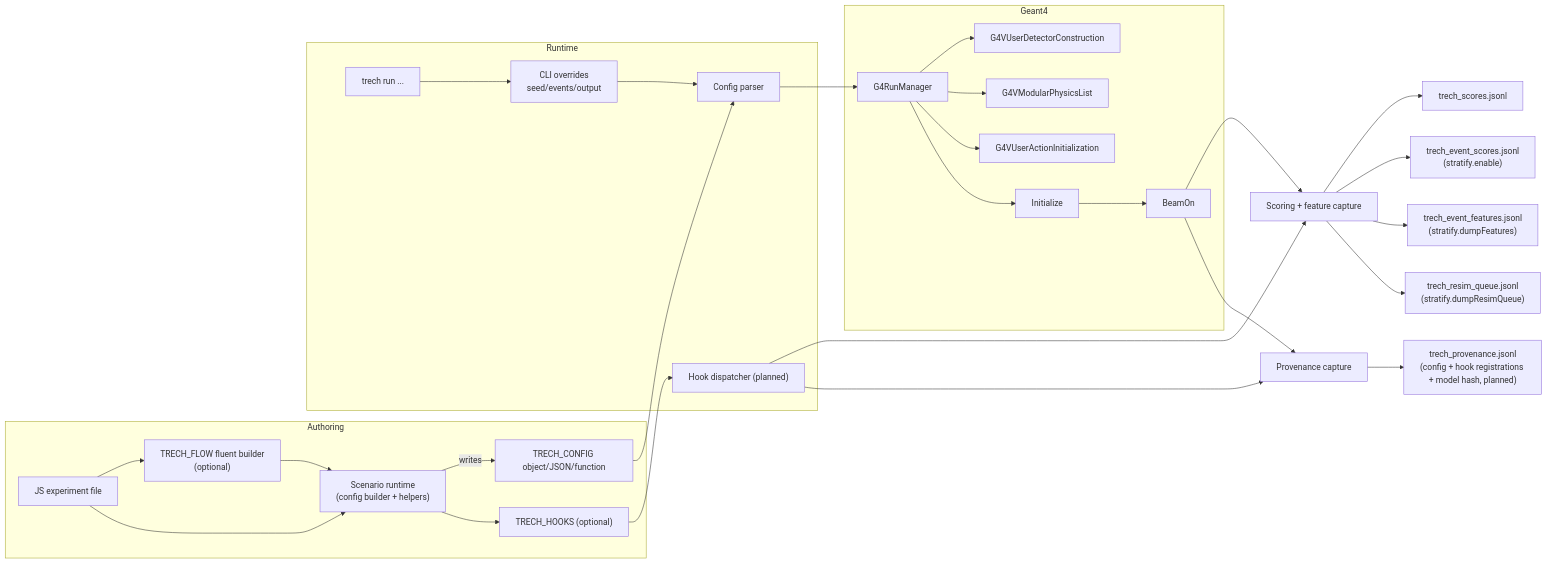
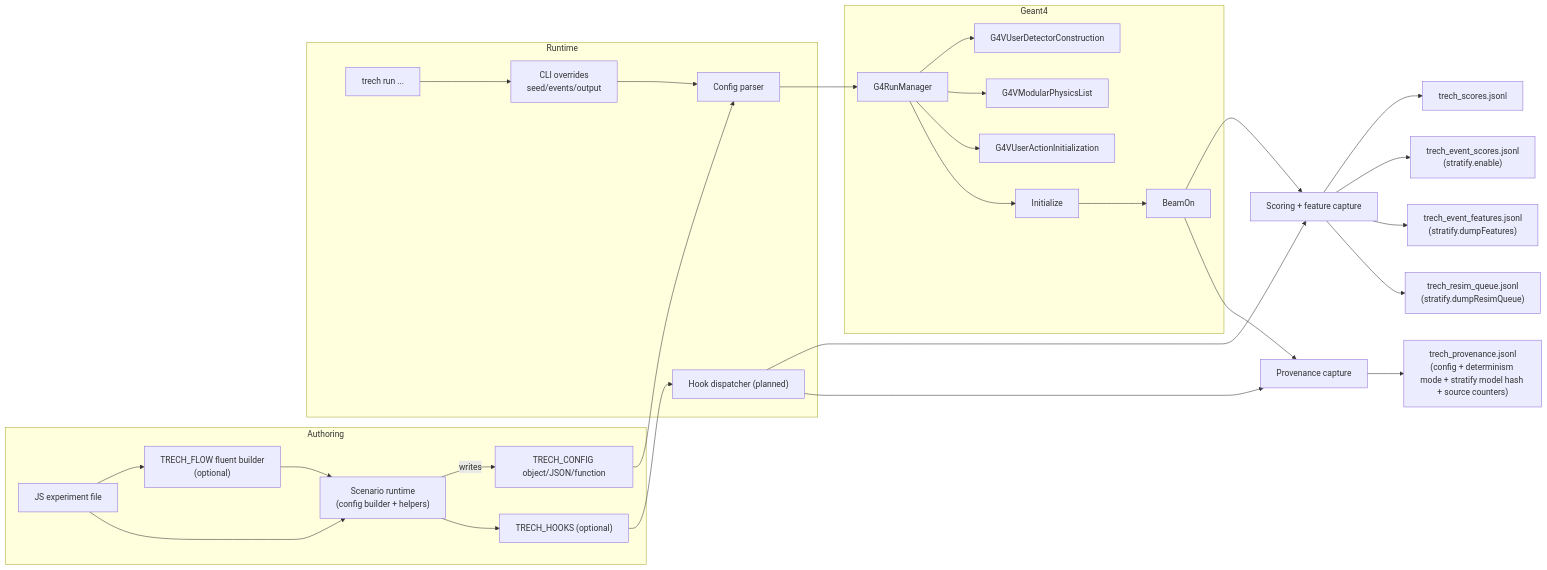
Before and after one commit to Geckos-Ink/trech: the first of 8 diagrams in CHARTS.md, drawn with Mermaid. The commit also changed other lines of this file and 17 other files, not shown here.

First line of the commit message:
next roadmap implementation

````diff
--- a/CHARTS.md
+++ b/CHARTS.md
@@ -9,33 +9,33 @@
 ```mermaid
 flowchart LR
   subgraph Authoring
     JS["JS experiment file"] --> FLOW["TRECH_FLOW fluent builder\n(optional)"]
     JS --> SCEN["Scenario runtime\n(config builder + helpers)"]
     FLOW --> SCEN
     SCEN -->|writes| CFG["TRECH_CONFIG object/JSON/function"]
     SCEN --> HOOKS["TRECH_HOOKS (optional)"]
   end
   subgraph Runtime
     CLI["trech run ..."] --> OV["CLI overrides\nseed/events/output"]
     CFG --> PARSE["Config parser"]
     OV --> PARSE
     HOOKS --> HOOKDISP["Hook dispatcher (planned)"]
   end
   subgraph Geant4
     PARSE --> RM["G4RunManager"]
     RM --> DET["G4VUserDetectorConstruction"]
     RM --> PHY["G4VModularPhysicsList"]
     RM --> ACT["G4VUserActionInitialization"]
     RM --> INIT["Initialize"]
     INIT --> BEAM["BeamOn"]
   end
   BEAM --> SCORE["Scoring + feature capture"]
   BEAM --> PROV["Provenance capture"]
   HOOKDISP --> SCORE
   HOOKDISP --> PROV
   SCORE --> OUT1["trech_scores.jsonl"]
   SCORE --> OUT2["trech_event_scores.jsonl\n(stratify.enable)"]
   SCORE --> OUT3["trech_event_features.jsonl\n(stratify.dumpFeatures)"]
   SCORE --> OUT4["trech_resim_queue.jsonl\n(stratify.dumpResimQueue)"]
-  PROV --> OUT5["trech_provenance.jsonl\n(config + hook registrations + model hash, planned)"]
+  PROV --> OUT5["trech_provenance.jsonl\n(config + determinism mode + stratify model hash + source counters)"]
 ```
````
